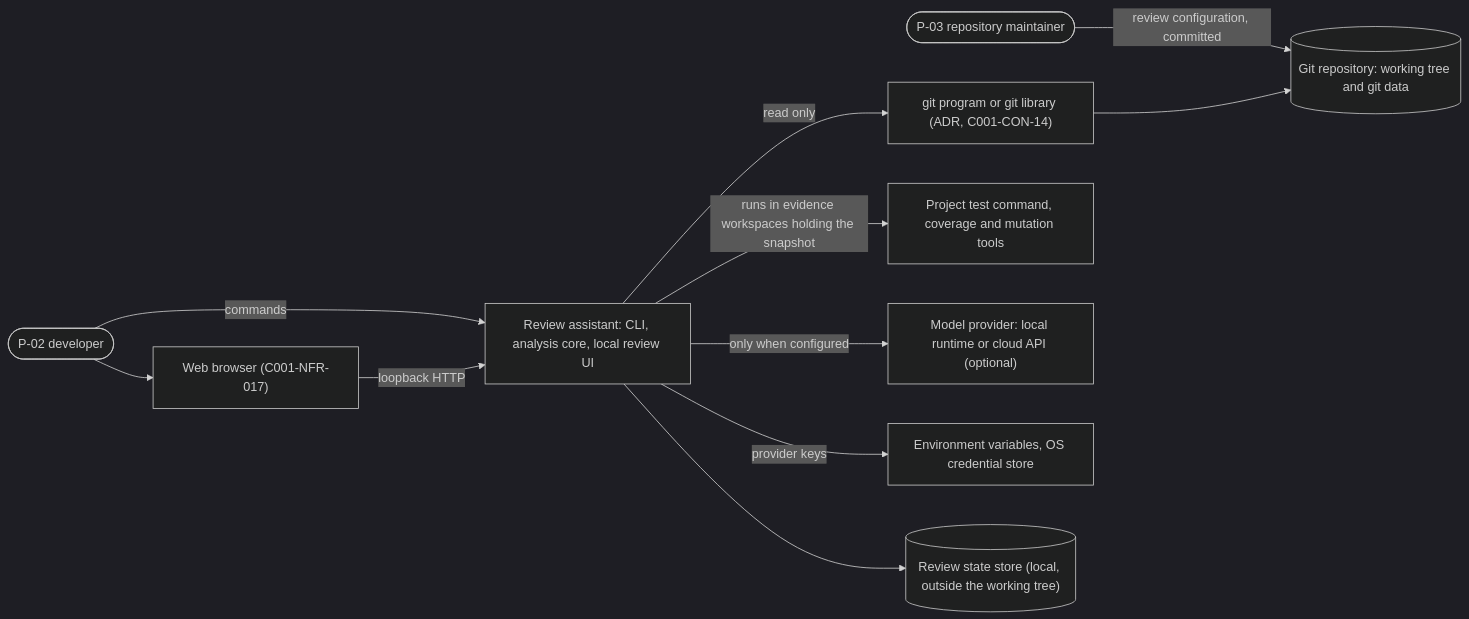
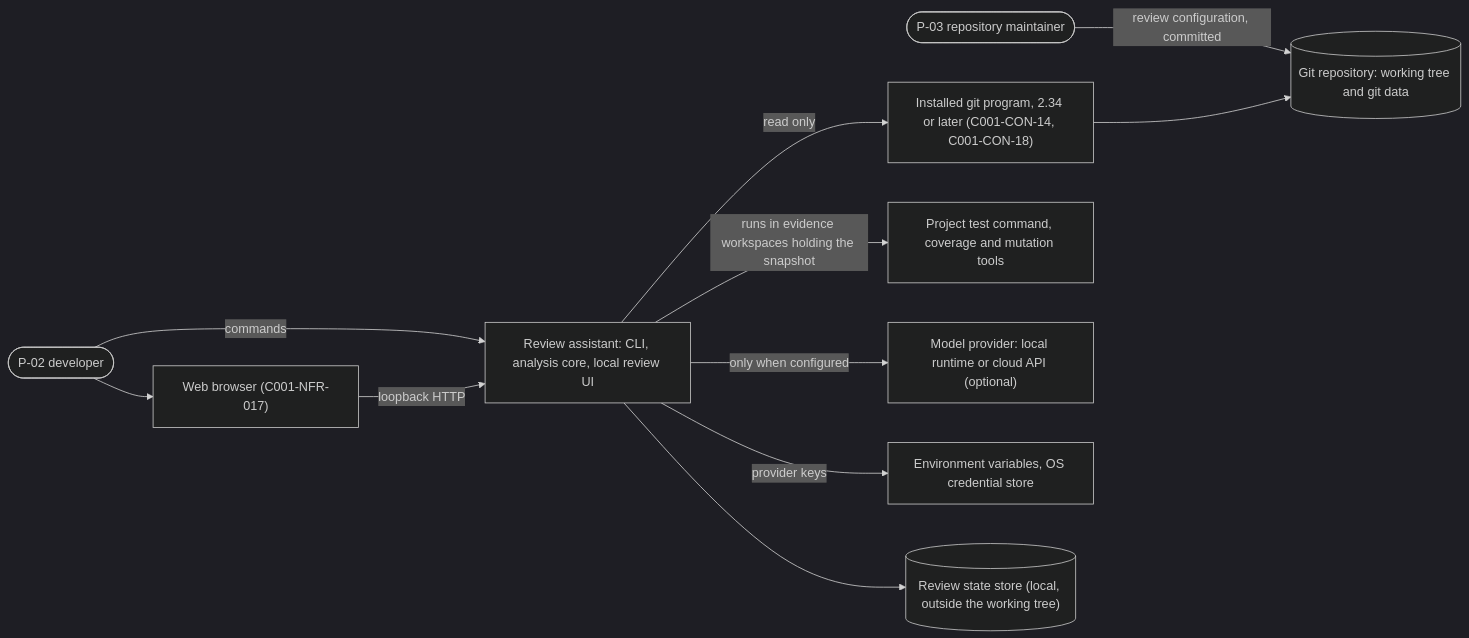
One commit to jlacube/sdd-review changed the first of 2 diagrams in .sdd/001-sdd-review-assistant-for-large-ai-genera/10-spec/60-architecture/architecture.md. Above: the diagram before and after it, drawn with Mermaid (dark theme). The commit also changed other lines of this file and 52 other files, not shown here.

````diff
--- a/.sdd/001-sdd-review-assistant-for-large-ai-genera/10-spec/60-architecture/architecture.md
+++ b/.sdd/001-sdd-review-assistant-for-large-ai-genera/10-spec/60-architecture/architecture.md
@@ -21,23 +21,23 @@
 ```mermaid
 flowchart LR
   dev(["P-02 developer"])
   maint(["P-03 repository maintainer"])
   browser["Web browser (C001-NFR-017)"]
   ra["Review assistant: CLI, analysis core, local review UI"]
   repo[("Git repository: working tree and git data")]
-  git["git program or git library (ADR, C001-CON-14)"]
+  git["Installed git program, 2.34 or later (C001-CON-14, C001-CON-18)"]
   tools["Project test command, coverage and mutation tools"]
   provider["Model provider: local runtime or cloud API (optional)"]
   creds["Environment variables, OS credential store"]
   store[("Review state store (local, outside the working tree)")]
   dev -->|commands| ra
   dev --> browser
   browser -->|loopback HTTP| ra
   maint -->|review configuration, committed| repo
   ra -->|read only| git
   git --> repo
   ra -->|runs in evidence workspaces holding the snapshot| tools
   ra -->|only when configured| provider
   ra -->|provider keys| creds
   ra --> store
 ```
````
